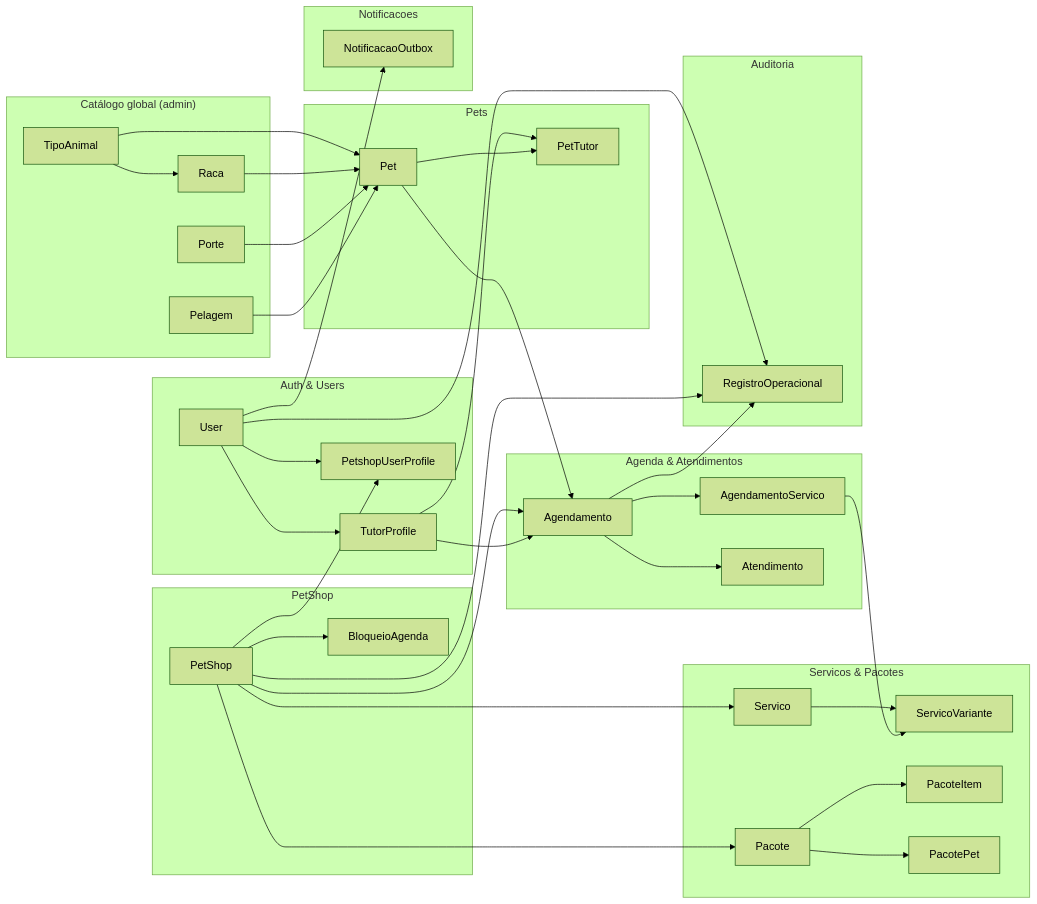
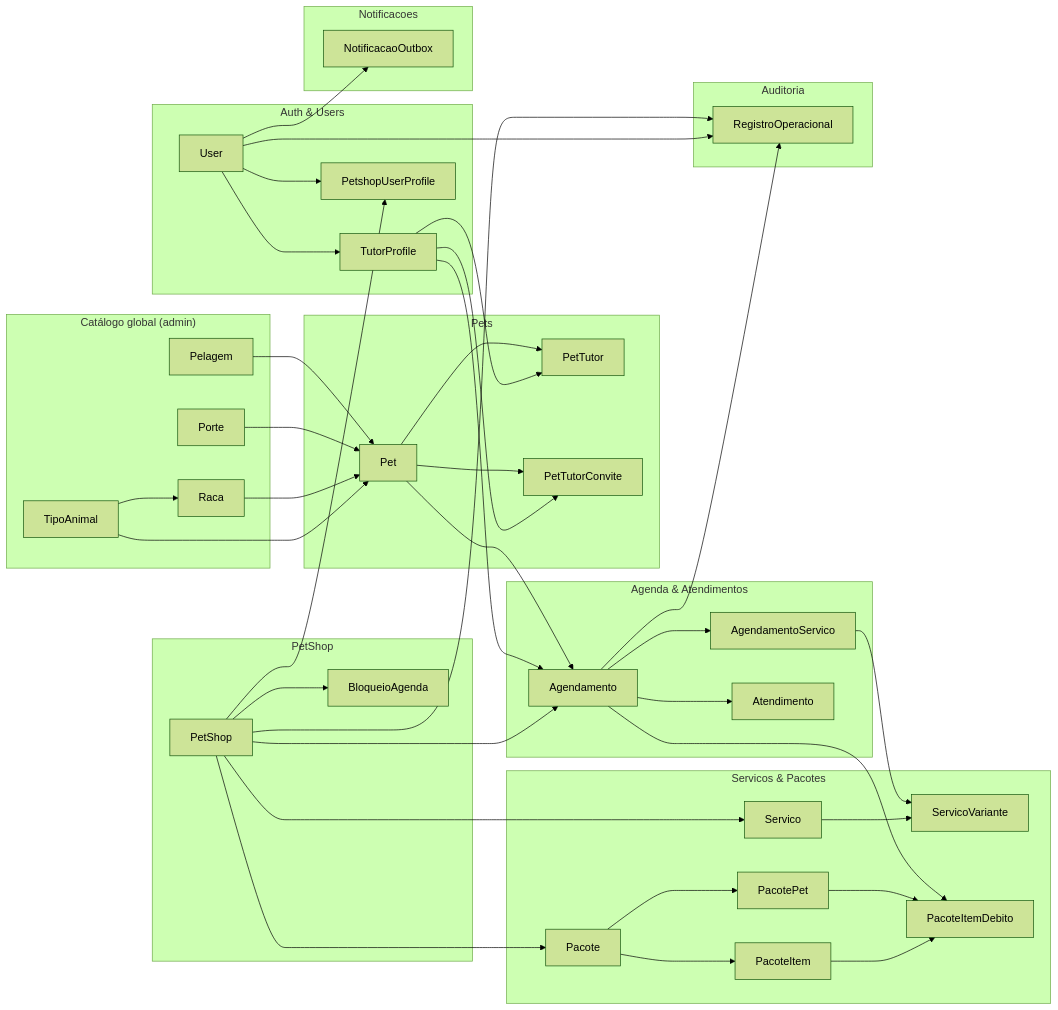
The second of 2 diagrams in docs/Modelo-de-Dominio.md (letgodoy/patafy), drawn with Mermaid (forest theme) before and after one commit. The commit also changed other lines of this file and 3 other files, not shown here.

```diff
--- a/docs/Modelo-de-Dominio.md
+++ b/docs/Modelo-de-Dominio.md
@@ -700,6 +779,7 @@
     subgraph Pets["Pets"]
         PET[Pet]
         PT[PetTutor]
+        PTC[PetTutorConvite]
     end
 
     subgraph PetShop["PetShop"]
@@ -712,6 +792,7 @@
         SV[ServicoVariante]
         PAC[Pacote]
         PI[PacoteItem]
+        PID[PacoteItemDebito]
         PP[PacotePet]
     end
 
@@ -739,7 +820,9 @@
     U --> PUP
 
     TP --> PT
+    TP --> PTC
     PET --> PT
+    PET --> PTC
 
     PS --> PUP
     PS --> S
@@ -750,12 +833,15 @@
     S --> SV
     PAC --> PI
     PAC --> PP
+    PI --> PID
+    PP --> PID
 
     PET --> AG
     TP --> AG
     AG --> AS
     AS --> SV
     AG --> AT
+    AG --> PID
 
     U --> NO
     U --> RO
```
